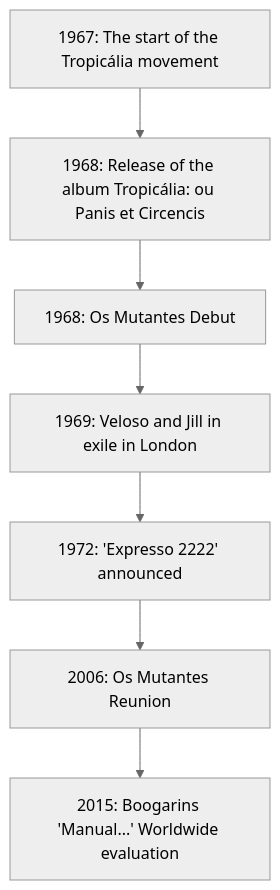
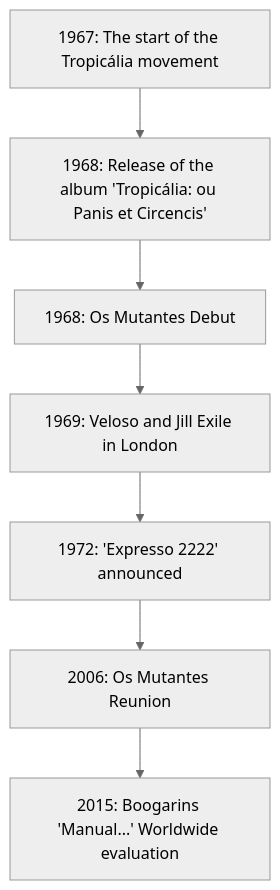
Before and after one commit to monumental-movement/monumental-movement.github.io: the diagram in en/_posts/2025-10-08-Colum-Brazilian-Psychedelic-Music.md, drawn with Mermaid (neutral theme). The commit also changed other lines of this file and 471 other files, not shown here.

```diff
--- a/en/_posts/2025-10-08-Colum-Brazilian-Psychedelic-Music.md
+++ b/en/_posts/2025-10-08-Colum-Brazilian-Psychedelic-Music.md
@@ -103,14 +103,14 @@
 <div class="mermaid">
 
 flowchart TD
     A1967["1967: The start of the Tropicália movement"]
-    A1968a["1968: Release of the album Tropicália: ou Panis et Circencis"]
+    A1968a["1968: Release of the album 'Tropicália: ou Panis et Circencis'"]
     A1968b["1968: Os Mutantes Debut"]
-    A1969["1969: Veloso and Jill in exile in London"]
+    A1969["1969: Veloso and Jill Exile in London"]
     A1972["1972: 'Expresso 2222' announced"]
     A2006["2006: Os Mutantes Reunion"]
     A2015["2015: Boogarins 'Manual...' Worldwide evaluation"]
 
     A1967 --> A1968a --> A1968b --> A1969 --> A1972 --> A2006 --> A2015
 
 </div>
```
